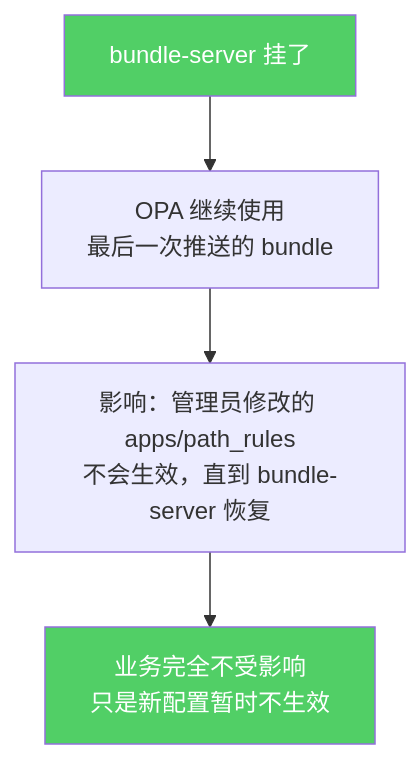
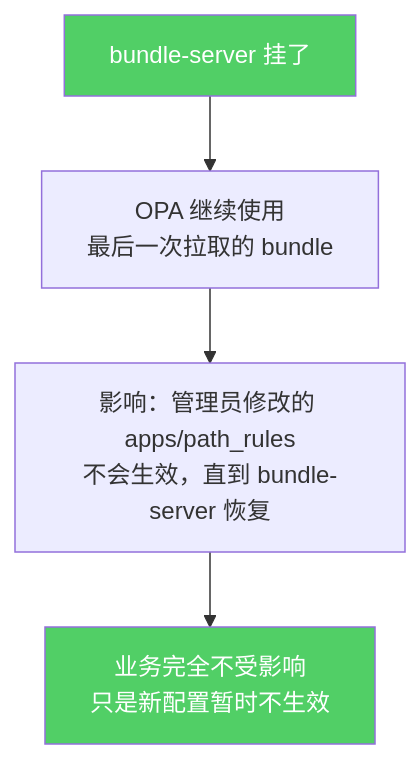
Before and after one commit to xiewanchao/aidp-iam: diagram 11 of 16 in diagrams/failure-scenarios.md, drawn with Mermaid. The commit also changed other lines of this file and 5 other files, not shown here.

````diff
--- a/diagrams/failure-scenarios.md
+++ b/diagrams/failure-scenarios.md
@@ -315,9 +405,9 @@
 ```mermaid
 flowchart TD
-    BS_DOWN[bundle-server 挂了] --> OPA[OPA 继续使用<br/>最后一次推送的 bundle]
-    OPA --> IMPACT[影响：管理员修改的 apps/path_rules<br/>不会生效，直到 bundle-server 恢复]
-    IMPACT --> OK[业务完全不受影响<br/>只是新配置暂时不生效]
+    BS_DOWN["bundle-server 挂了"] --> OPA["OPA 继续使用<br/>最后一次拉取的 bundle"]
+    OPA --> IMPACT["影响：管理员修改的 apps/path_rules<br/>不会生效，直到 bundle-server 恢复"]
+    IMPACT --> OK["业务完全不受影响<br/>只是新配置暂时不生效"]
 
     style BS_DOWN fill:#51cf66,color:#fff
     style OK fill:#51cf66,color:#fff
 ```
````
